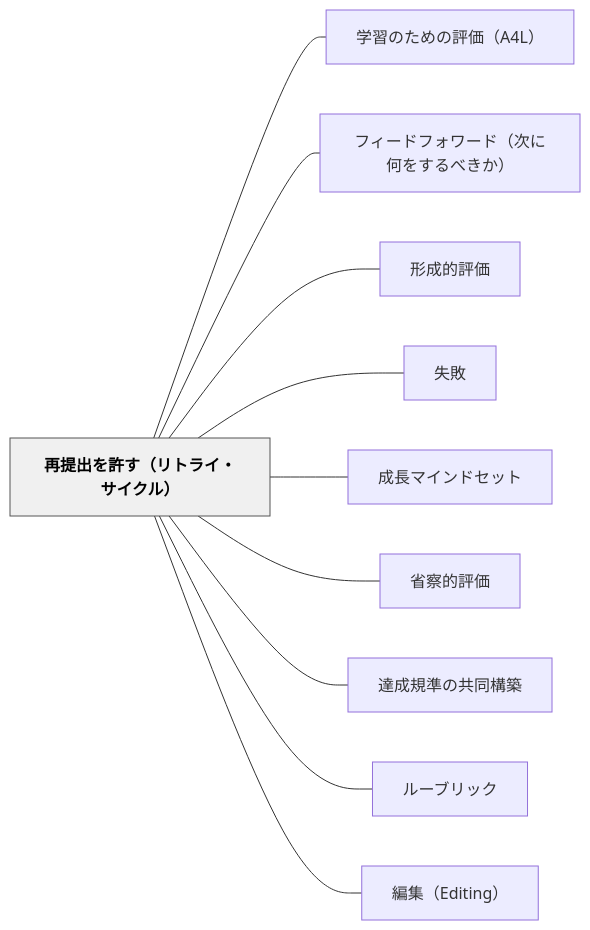
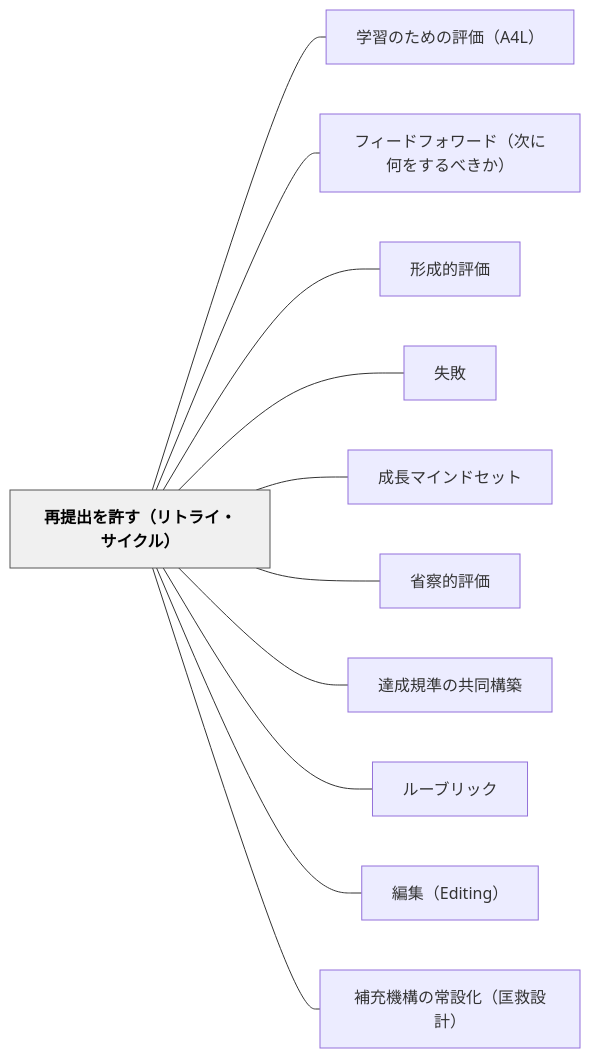
One commit to unknownthings-ed-patterns/unknownthings-ed-patterns changed the diagram in content/パタン/再提出を許す（リトライ・サイクル）.md. Above: the diagram before and after it, drawn with Mermaid. The commit also changed other lines of this file and 2 other files, not shown here.

Commit message:
auto: Obsidianから同期 2026-06-15 17:59

````diff
--- a/content/パタン/再提出を許す（リトライ・サイクル）.md
+++ b/content/パタン/再提出を許す（リトライ・サイクル）.md
@@ -125,26 +126,28 @@
 ```mermaid
 flowchart LR
     ne5868de68f90e587bae38292e8a8b1e38199efbc88e383aae38388e383a9e382a4e383bbe382b5e382a4e382afe383abefbc89["再提出を許す（リトライ・サイクル）"]
     ne5ada6e7bf92e381aee3819fe38281e381aee8a995e4bea1efbc8841344cefbc89["学習のための評価（A4L）"]
     ne38395e382a3e383bce38389e38395e382a9e383afe383bce38389efbc88e6aca1e381abe4bd95e38292e38199e3828be381b9e3818de3818befbc89["フィードフォワード（次に何をするべきか）"]
     ne5bda2e68890e79a84e8a995e4bea1["形成的評価"]
     ne5a4b1e69597["失敗"]
     ne68890e995b7e3839ee382a4e383b3e38389e382bbe38383e38388["成長マインドセット"]
     ne79c81e5af9fe79a84e8a995e4bea1["省察的評価"]
     ne98194e68890e8a68fe6ba96e381aee585b1e5908ce6a78be7af89["達成規準の共同構築"]
     ne383abe383bce38396e383aae38383e382af["ルーブリック"]
     ne7b7a8e99b86efbc8845646974696e67efbc89["編集（Editing）"]
+    ne8a39ce58585e6a99fe6a78be381aee5b8b8e8a8ade58c96efbc88e58ca1e69591e8a8ade8a888efbc89["補充機構の常設化（匡救設計）"]
 
     ne5868de68f90e587bae38292e8a8b1e38199efbc88e383aae38388e383a9e382a4e383bbe382b5e382a4e382afe383abefbc89 --- ne5ada6e7bf92e381aee3819fe38281e381aee8a995e4bea1efbc8841344cefbc89
     ne5868de68f90e587bae38292e8a8b1e38199efbc88e383aae38388e383a9e382a4e383bbe382b5e382a4e382afe383abefbc89 --- ne38395e382a3e383bce38389e38395e382a9e383afe383bce38389efbc88e6aca1e381abe4bd95e38292e38199e3828be381b9e3818de3818befbc89
     ne5868de68f90e587bae38292e8a8b1e38199efbc88e383aae38388e383a9e382a4e383bbe382b5e382a4e382afe383abefbc89 --- ne5bda2e68890e79a84e8a995e4bea1
     ne5868de68f90e587bae38292e8a8b1e38199efbc88e383aae38388e383a9e382a4e383bbe382b5e382a4e382afe383abefbc89 --- ne5a4b1e69597
     ne5868de68f90e587bae38292e8a8b1e38199efbc88e383aae38388e383a9e382a4e383bbe382b5e382a4e382afe383abefbc89 --- ne68890e995b7e3839ee382a4e383b3e38389e382bbe38383e38388
     ne5868de68f90e587bae38292e8a8b1e38199efbc88e383aae38388e383a9e382a4e383bbe382b5e382a4e382afe383abefbc89 --- ne79c81e5af9fe79a84e8a995e4bea1
     ne5868de68f90e587bae38292e8a8b1e38199efbc88e383aae38388e383a9e382a4e383bbe382b5e382a4e382afe383abefbc89 --- ne98194e68890e8a68fe6ba96e381aee585b1e5908ce6a78be7af89
     ne5868de68f90e587bae38292e8a8b1e38199efbc88e383aae38388e383a9e382a4e383bbe382b5e382a4e382afe383abefbc89 --- ne383abe383bce38396e383aae38383e382af
     ne5868de68f90e587bae38292e8a8b1e38199efbc88e383aae38388e383a9e382a4e383bbe382b5e382a4e382afe383abefbc89 --- ne7b7a8e99b86efbc8845646974696e67efbc89
+    ne5868de68f90e587bae38292e8a8b1e38199efbc88e383aae38388e383a9e382a4e383bbe382b5e382a4e382afe383abefbc89 --- ne8a39ce58585e6a99fe6a78be381aee5b8b8e8a8ade58c96efbc88e58ca1e69591e8a8ade8a888efbc89
 
     classDef hub fill:#f0f0f0,stroke:#555,color:#000,font-weight:bold
     class ne5868de68f90e587bae38292e8a8b1e38199efbc88e383aae38388e383a9e382a4e383bbe382b5e382a4e382afe383abefbc89 hub
 ```
````
